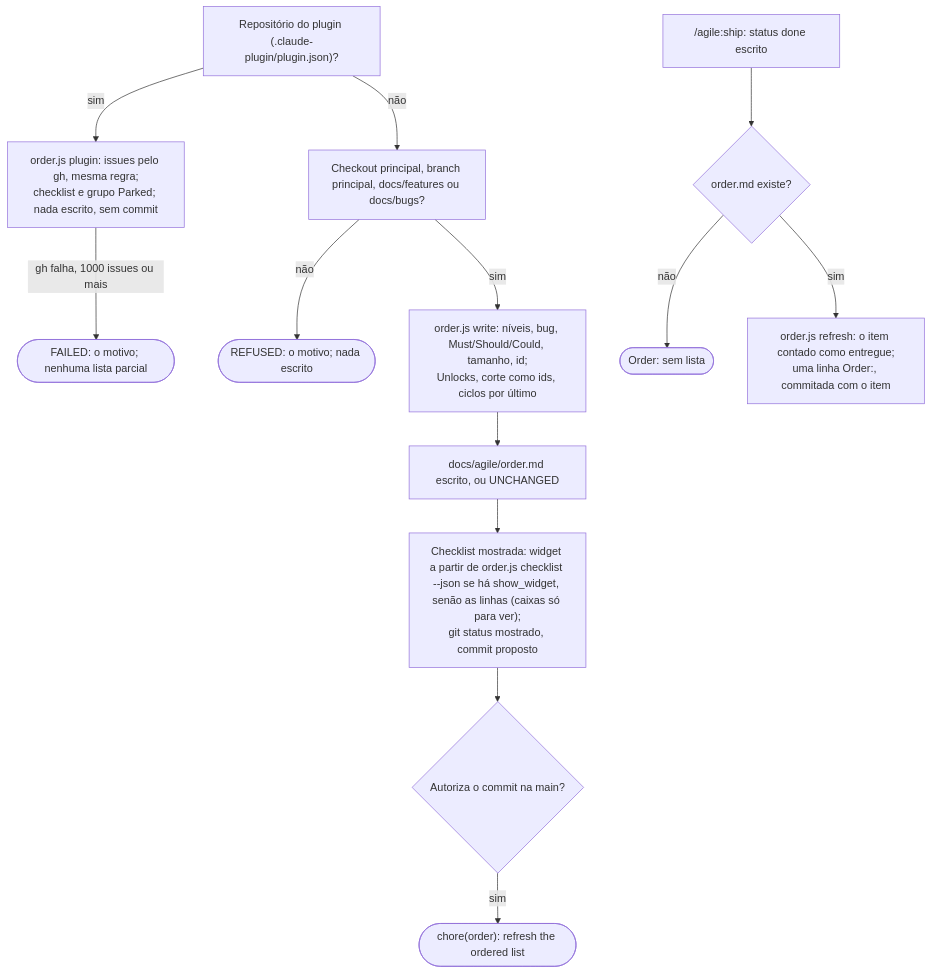
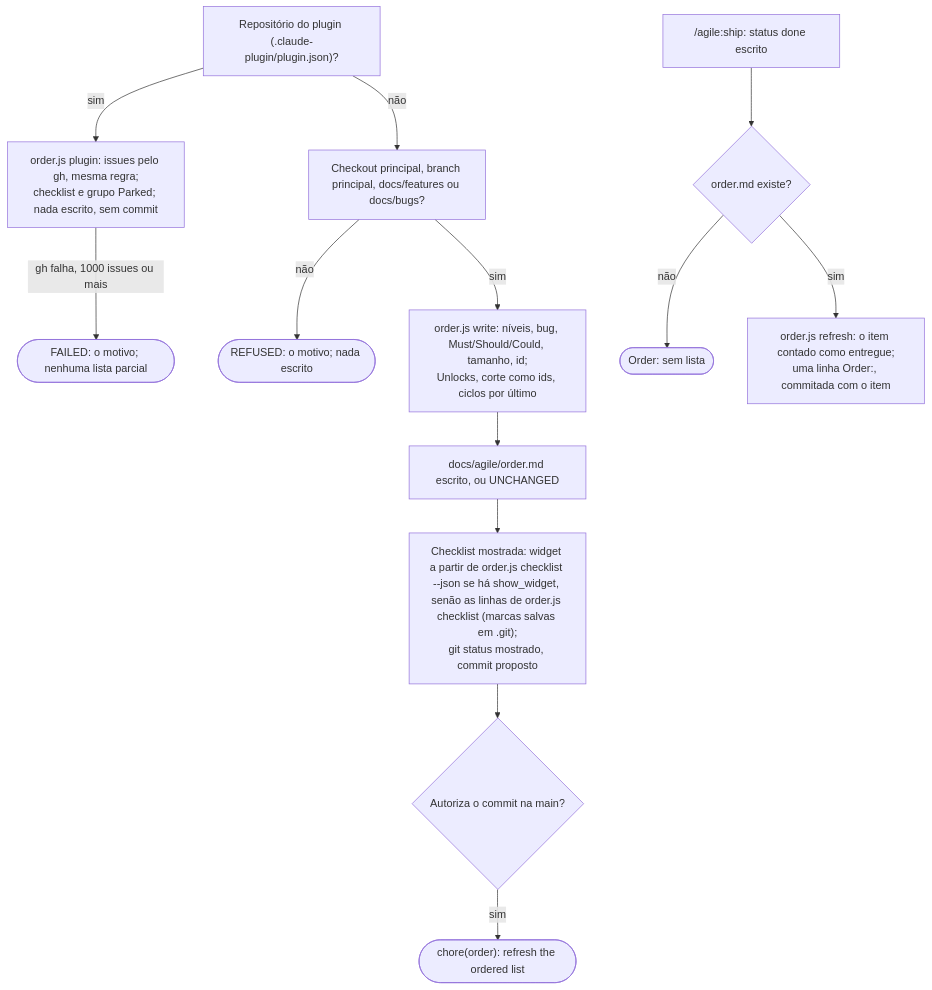
Before and after one commit to alexcanario/simulab: diagram 19 of 23 in docs/agile/workflow.pt-BR.md, drawn with Mermaid. The commit also changed other lines of this file and 3 other files, not shown here.

````diff
--- a/docs/agile/workflow.pt-BR.md
+++ b/docs/agile/workflow.pt-BR.md
@@ -1066,15 +1066,15 @@
 ```mermaid
 flowchart TD
     P["Repositório do plugin (.claude-plugin/plugin.json)?"] -->|sim| P1["order.js plugin: issues pelo gh, mesma regra;<br/>checklist e grupo Parked; nada escrito, sem commit"]
     P -->|não| A["Checkout principal, branch principal, docs/features ou docs/bugs?"]
     P1 -->|gh falha, 1000 issues ou mais| P2(["FAILED: o motivo; nenhuma lista parcial"])
     A -->|não| A1(["REFUSED: o motivo; nada escrito"])
     A -->|sim| B["order.js write: níveis, bug, Must/Should/Could, tamanho, id;<br/>Unlocks, corte como ids, ciclos por último"]
     B --> C["docs/agile/order.md escrito, ou UNCHANGED"]
-    C --> D["Checklist mostrada: widget a partir de order.js checklist --json se há show_widget, senão as linhas (caixas só para ver);<br/>git status mostrado, commit proposto"]
+    C --> D["Checklist mostrada: widget a partir de order.js checklist --json se há show_widget, senão as linhas de order.js checklist (marcas salvas em .git);<br/>git status mostrado, commit proposto"]
     D --> E{"Autoriza o commit na main?"}
     E -->|sim| F(["chore(order): refresh the ordered list"])
     G["/agile:ship: status done escrito"] --> H{"order.md existe?"}
     H -->|não| H1(["Order: sem lista"])
     H -->|sim| I["order.js refresh: o item contado como entregue;<br/>uma linha Order:, commitada com o item"]
 ```
````
